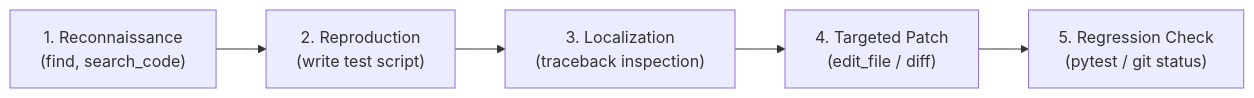
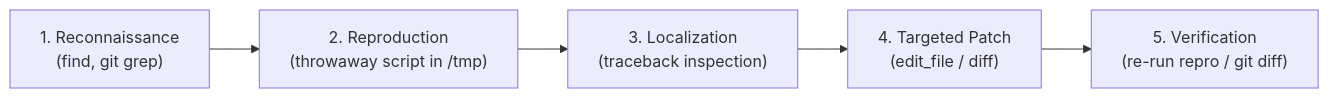
One commit to lmassaron/gemma-4-developer-agent changed the first of 5 diagrams in articles/gemma_4_developer_agent_paper_track_writeup.md. Above: the diagram before and after it, drawn with Mermaid. The commit also changed other lines of this file and 4 other files, not shown here.

````diff
--- a/articles/gemma_4_developer_agent_paper_track_writeup.md
+++ b/articles/gemma_4_developer_agent_paper_track_writeup.md
@@ -25,7 +26,7 @@
 ```mermaid
 graph LR
-    P1["1. Reconnaissance<br/>(find, search_code)"] --> P2["2. Reproduction<br/>(write test script)"]
+    P1["1. Reconnaissance<br/>(find, git grep)"] --> P2["2. Reproduction<br/>(throwaway script in /tmp)"]
     P2 --> P3["3. Localization<br/>(traceback inspection)"]
     P3 --> P4["4. Targeted Patch<br/>(edit_file / diff)"]
-    P4 --> P5["5. Regression Check<br/>(pytest / git status)"]
+    P4 --> P5["5. Verification<br/>(re-run repro / git diff)"]
 ```
````
